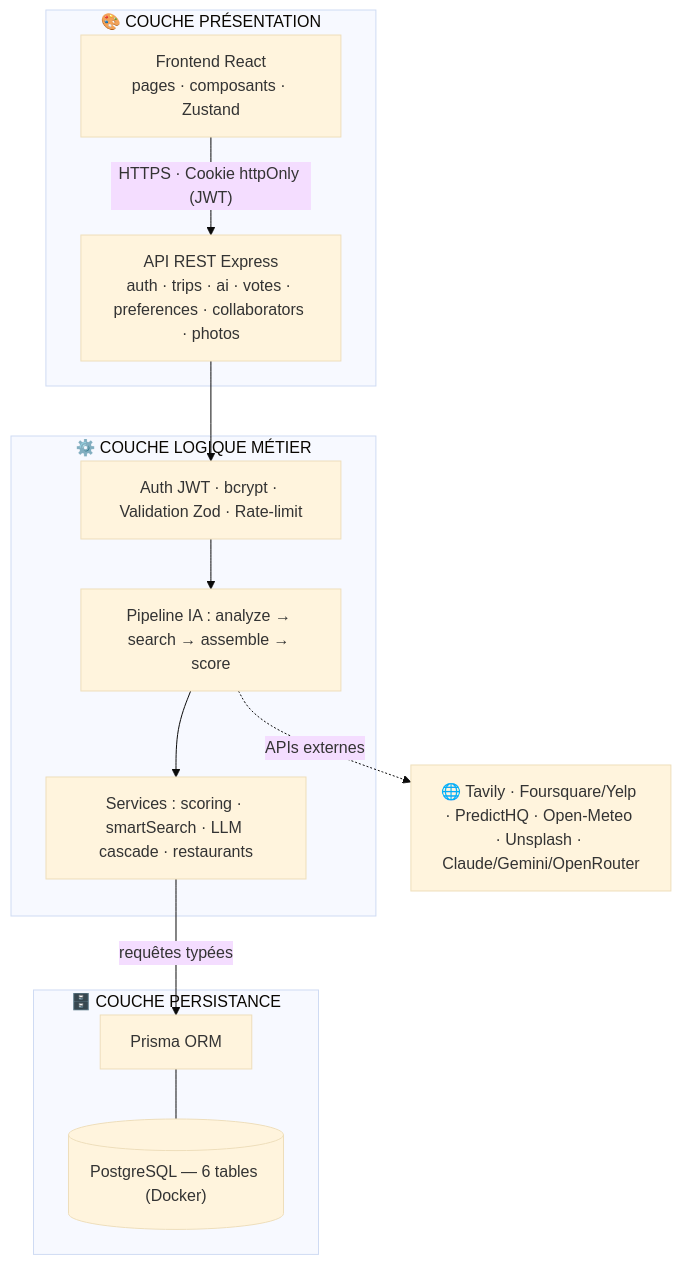
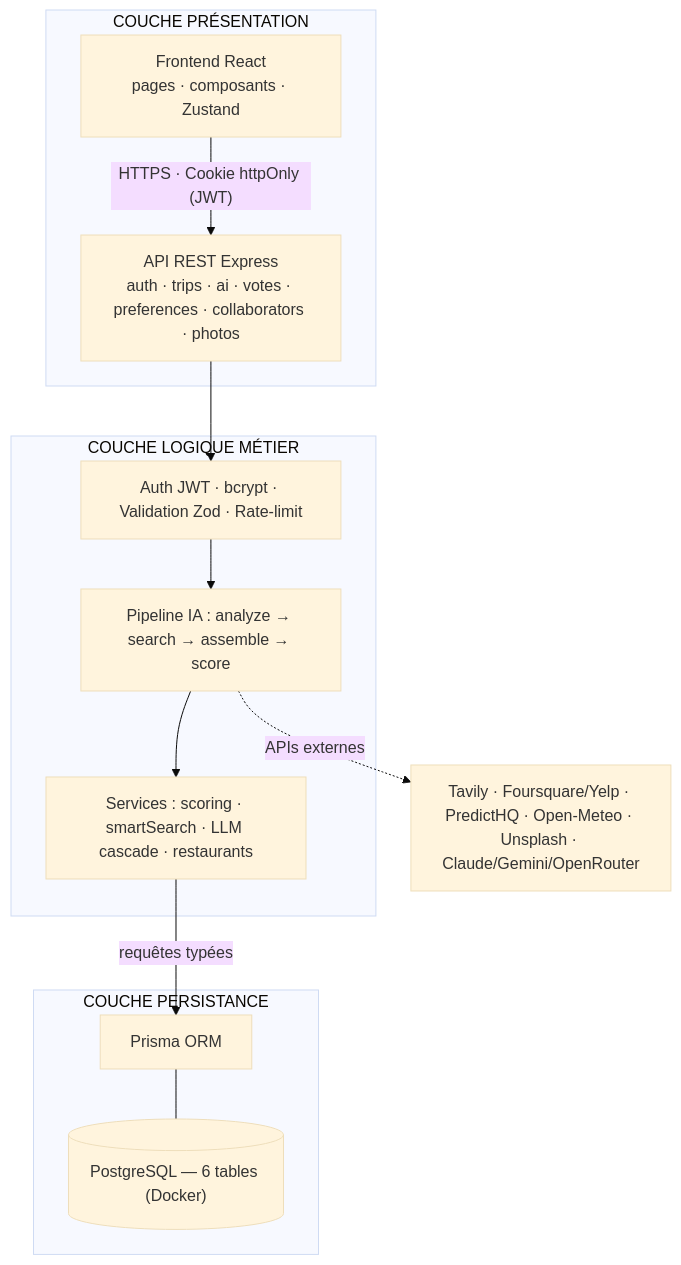
The first of 4 diagrams in README.md (loties1533/tripgenie-app), drawn with Mermaid (base theme) before and after one commit. The commit also changed other lines of this file and 9 other files, not shown here.

````diff
--- a/README.md
+++ b/README.md
@@ -80,21 +80,21 @@
 ```mermaid
 flowchart TB
-    subgraph PRES["🎨 COUCHE PRÉSENTATION"]
+    subgraph PRES["COUCHE PRÉSENTATION"]
         UI["Frontend React<br/>pages · composants · Zustand"]
         REST["API REST Express<br/>auth · trips · ai · votes · preferences · collaborators · photos"]
     end
-    subgraph LOGIC["⚙️ COUCHE LOGIQUE MÉTIER"]
+    subgraph LOGIC["COUCHE LOGIQUE MÉTIER"]
         Sec["Auth JWT · bcrypt · Validation Zod · Rate-limit"]
         Pipe["Pipeline IA : analyze → search → assemble → score"]
         Svc["Services : scoring · smartSearch · LLM cascade · restaurants"]
     end
-    subgraph PERS["🗄️ COUCHE PERSISTANCE"]
+    subgraph PERS["COUCHE PERSISTANCE"]
         ORM["Prisma ORM"]
         DB[("PostgreSQL — 6 tables (Docker)")]
     end
     UI -->|"HTTPS · Cookie httpOnly (JWT)"| REST
     REST --> Sec --> Pipe --> Svc
     Svc -->|"requêtes typées"| ORM
     ORM --- DB
-    Pipe -.->|"APIs externes"| EXT["🌐 Tavily · Foursquare/Yelp · PredictHQ · Open-Meteo · Unsplash · Claude/Gemini/OpenRouter"]
+    Pipe -.->|"APIs externes"| EXT["Tavily · Foursquare/Yelp · PredictHQ · Open-Meteo · Unsplash · Claude/Gemini/OpenRouter"]
 ```
````
